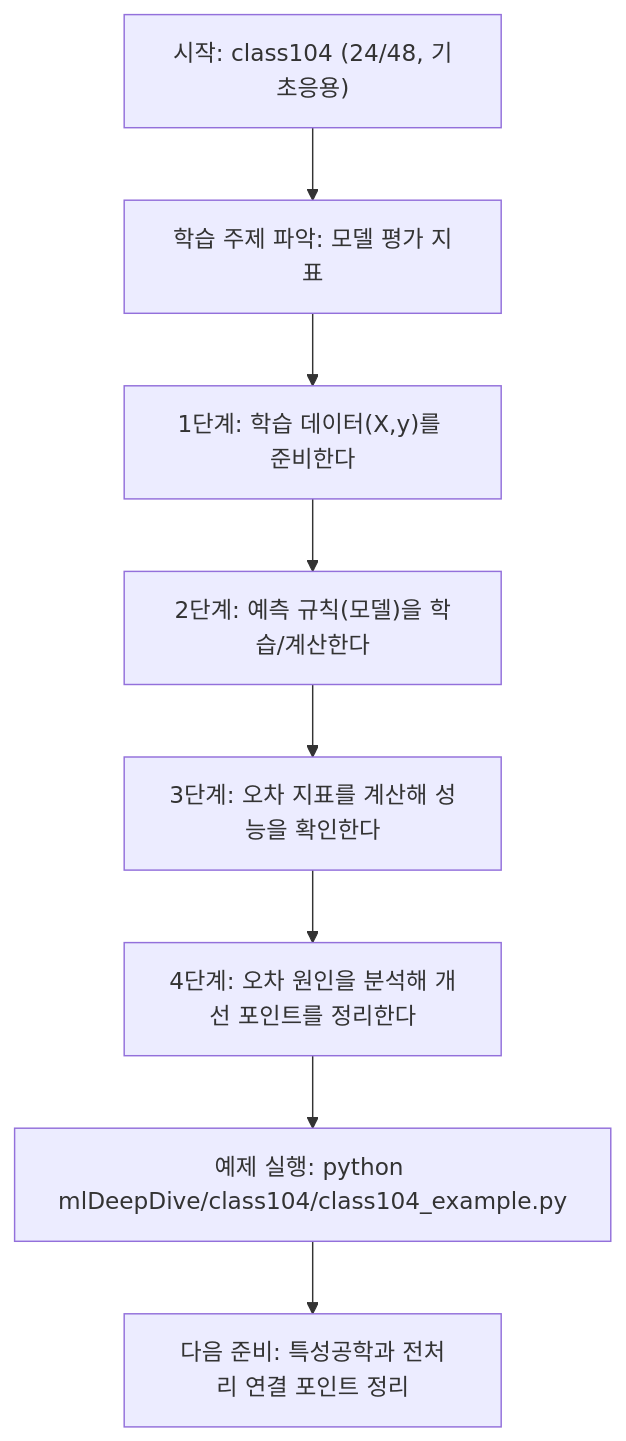
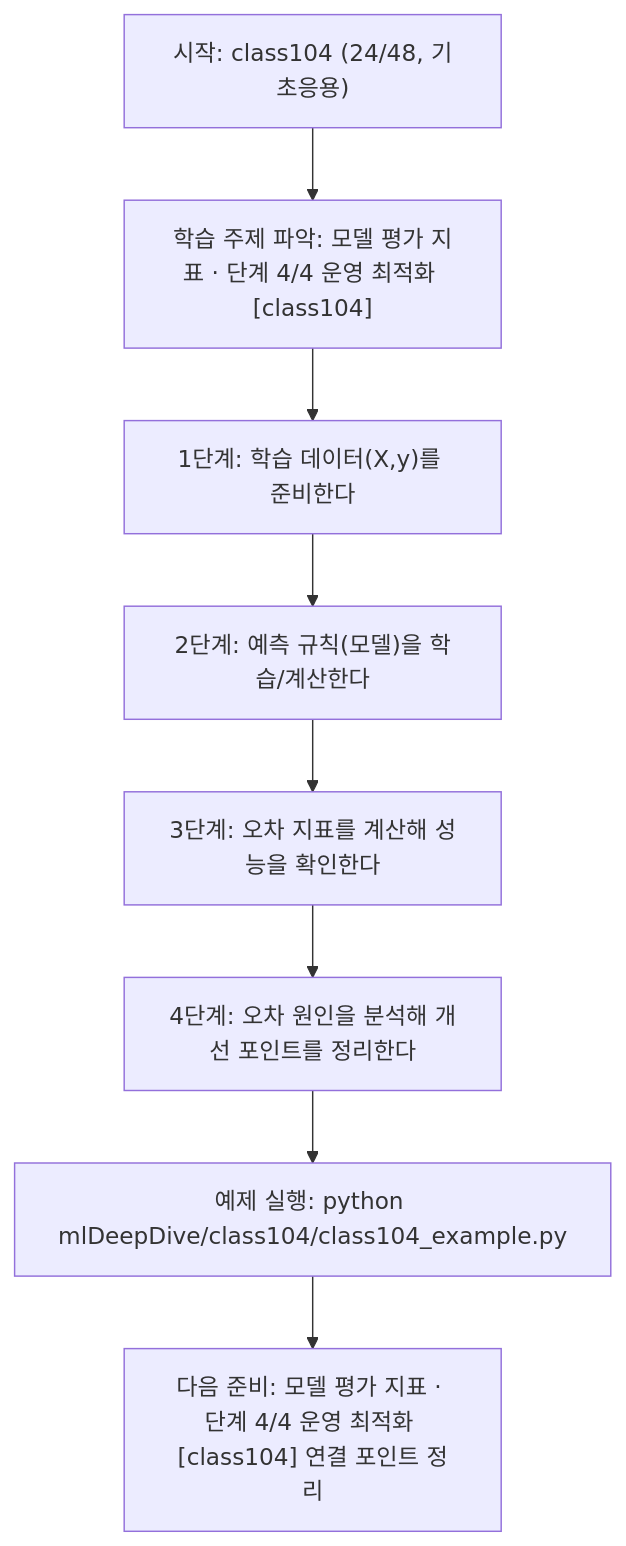
One commit to edumgt/Python-AI_Agent-Class changed the diagram in mlDeepDive/class104/class104.md. Above: the diagram before and after it, drawn with Mermaid. The commit also changed other lines of this file and 522 other files, not shown here.

````diff
--- a/mlDeepDive/class104/class104.md
+++ b/mlDeepDive/class104/class104.md
@@ -109,18 +110,18 @@
 ```mermaid
 flowchart TD
 N1["시작: class104 (24/48, 기초응용)"]
-N2["학습 주제 파악: 모델 평가 지표"]
+N2["학습 주제 파악: 모델 평가 지표 · 단계 4/4 운영 최적화 [class104]"]
 N3["1단계: 학습 데이터(X,y)를 준비한다"]
 N4["2단계: 예측 규칙(모델)을 학습/계산한다"]
 N5["3단계: 오차 지표를 계산해 성능을 확인한다"]
 N6["4단계: 오차 원인을 분석해 개선 포인트를 정리한다"]
 N7["예제 실행: python mlDeepDive/class104/class104_example.py"]
-N8["다음 준비: 특성공학과 전처리 연결 포인트 정리"]
+N8["다음 준비: 모델 평가 지표 · 단계 4/4 운영 최적화 [class104] 연결 포인트 정리"]
 N1 --> N2
 N2 --> N3
 N3 --> N4
 N4 --> N5
 N5 --> N6
 N6 --> N7
 N7 --> N8
 ```
````
